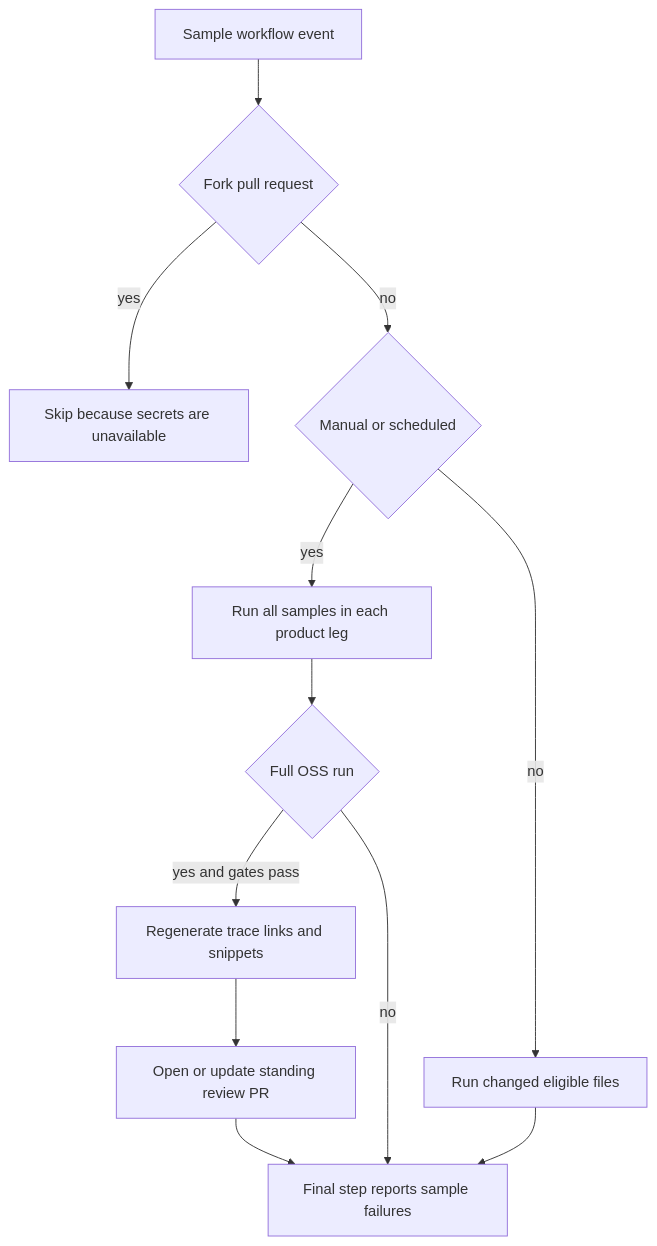
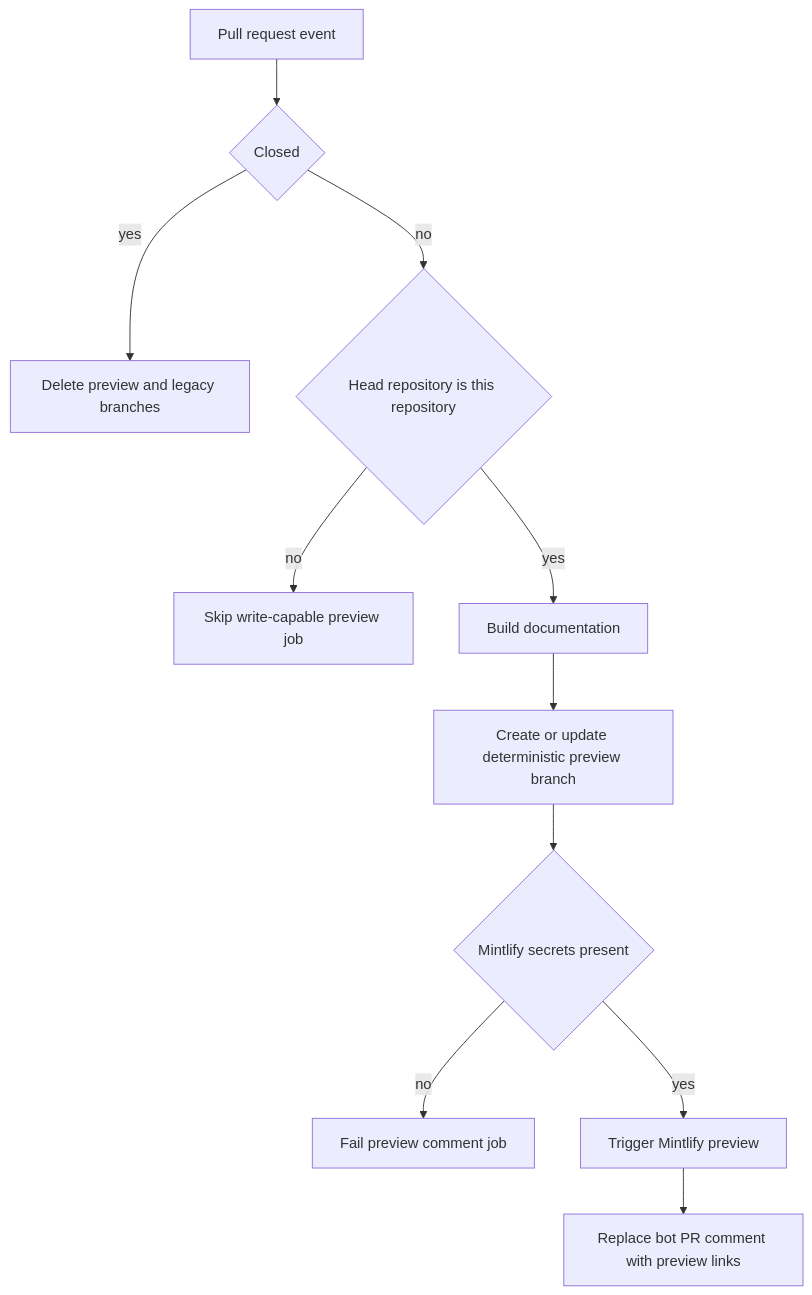
The second of 3 diagrams in openwiki/integrations/github-actions.md (langchain-ai/docs), drawn with Mermaid before and after one commit. The commit also changed other lines of this file and 54 other files, not shown here.

````diff
--- a/openwiki/integrations/github-actions.md
+++ b/openwiki/integrations/github-actions.md
@@ -88,14 +85,13 @@
 ```mermaid
 flowchart TD
-  Event["Sample workflow event"] --> Fork{"Fork pull request"}
-  Fork -->|"yes"| Skip["Skip because secrets are unavailable"]
-  Fork -->|"no"| Scope{"Manual or scheduled"}
-  Scope -->|"yes"| All["Run all samples in each product leg"]
-  Scope -->|"no"| Diff["Run changed eligible files"]
-  All --> OSS{"Full OSS run"}
-  OSS -->|"yes and gates pass"| Refresh["Regenerate trace links and snippets"]
-  OSS -->|"no"| Result["Final step reports sample failures"]
-  Diff --> Result
-  Refresh --> PR["Open or update standing review PR"]
-  PR --> Result
+  PR["Pull request event"] --> Closed{"Closed"}
+  Closed -->|"yes"| Cleanup["Delete preview and legacy branches"]
+  Closed -->|"no"| SameRepo{"Head repository is this repository"}
+  SameRepo -->|"no"| ForkSkip["Skip write-capable preview job"]
+  SameRepo -->|"yes"| Build["Build documentation"]
+  Build --> Branch["Create or update deterministic preview branch"]
+  Branch --> Secrets{"Mintlify secrets present"}
+  Secrets -->|"no"| PreviewFail["Fail preview comment job"]
+  Secrets -->|"yes"| Deploy["Trigger Mintlify preview"]
+  Deploy --> Comment["Replace bot PR comment with preview links"]
 ```
````
